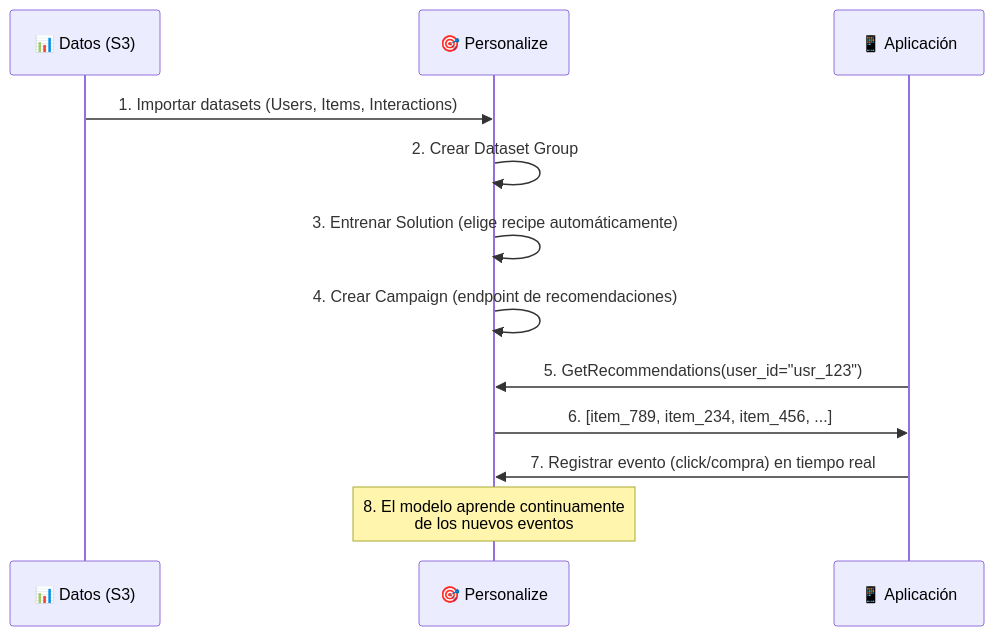
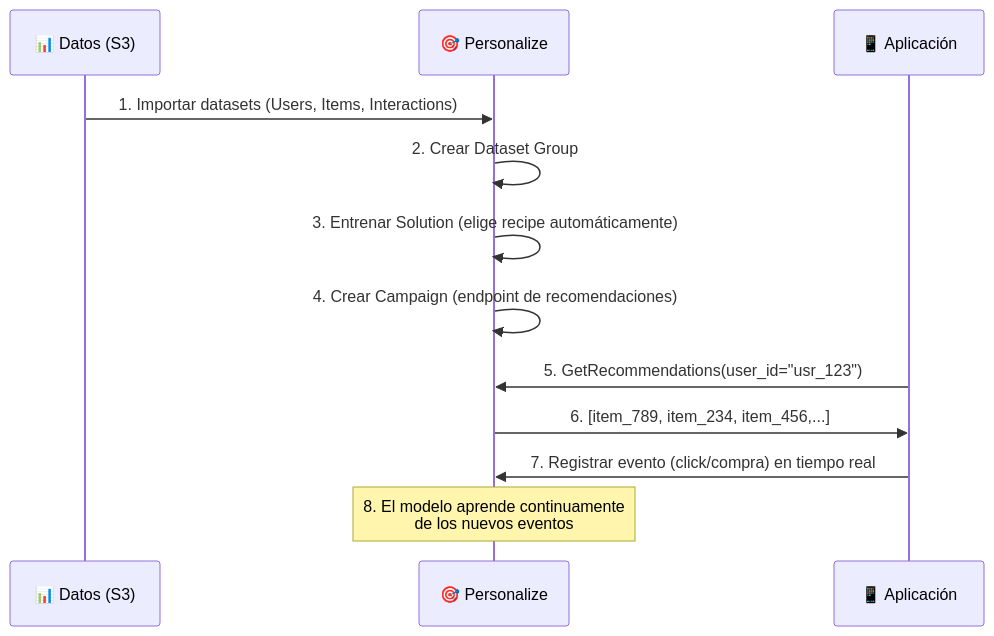
Before and after one commit to izann06/Apuntes-Tecnicos-Obsidian: the second of 3 diagrams in Informática/📂AWS/📂IA Practitioner/📂M2 - Servicios IA-ML AWS/04 - Personalize y Forecast.md, drawn with Mermaid. The commit also changed other lines of this file and 261 other files, not shown here.

````diff
--- a/Informática/📂AWS/📂IA Practitioner/📂M2 - Servicios IA-ML AWS/04 - Personalize y Forecast.md
+++ b/Informática/📂AWS/📂IA Practitioner/📂M2 - Servicios IA-ML AWS/04 - Personalize y Forecast.md
@@ -54,15 +54,15 @@
 ```mermaid
 sequenceDiagram
-    participant D as 📊 Datos (S3)
-    participant P as 🎯 Personalize
-    participant A as 📱 Aplicación
+ participant D as 📊 Datos (S3)
+ participant P as 🎯 Personalize
+ participant A as 📱 Aplicación
 
-    D->>P: 1. Importar datasets (Users, Items, Interactions)
-    P->>P: 2. Crear Dataset Group
-    P->>P: 3. Entrenar Solution (elige recipe automáticamente)
-    P->>P: 4. Crear Campaign (endpoint de recomendaciones)
-    A->>P: 5. GetRecommendations(user_id="usr_123")
-    P->>A: 6. [item_789, item_234, item_456, ...]
-    A->>P: 7. Registrar evento (click/compra) en tiempo real
-    Note over P: 8. El modelo aprende continuamente<br/>de los nuevos eventos
+ D->>P: 1. Importar datasets (Users, Items, Interactions)
+ P->>P: 2. Crear Dataset Group
+ P->>P: 3. Entrenar Solution (elige recipe automáticamente)
+ P->>P: 4. Crear Campaign (endpoint de recomendaciones)
+ A->>P: 5. GetRecommendations(user_id="usr_123")
+ P->>A: 6. [item_789, item_234, item_456,...]
+ A->>P: 7. Registrar evento (click/compra) en tiempo real
+ Note over P: 8. El modelo aprende continuamente<br/>de los nuevos eventos
 ```
````
